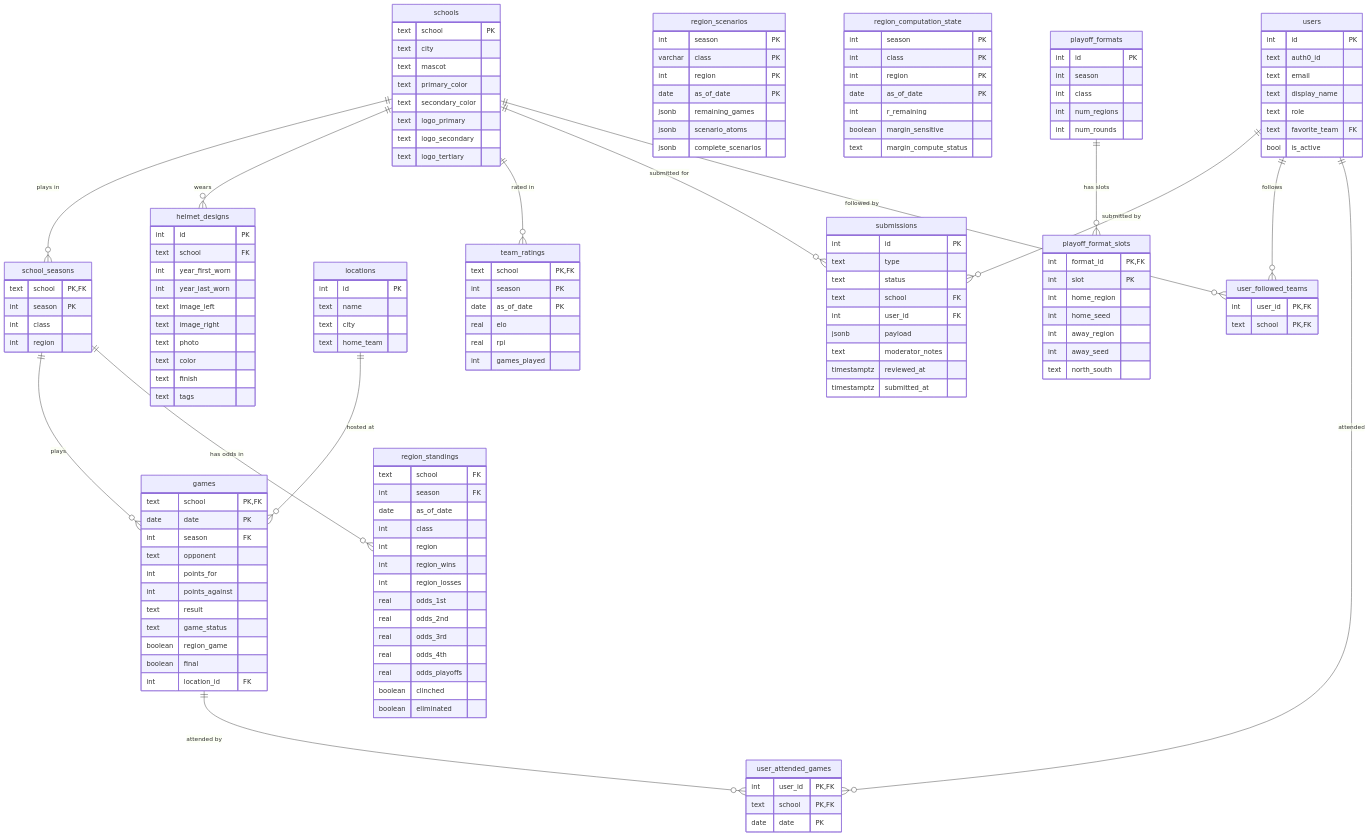
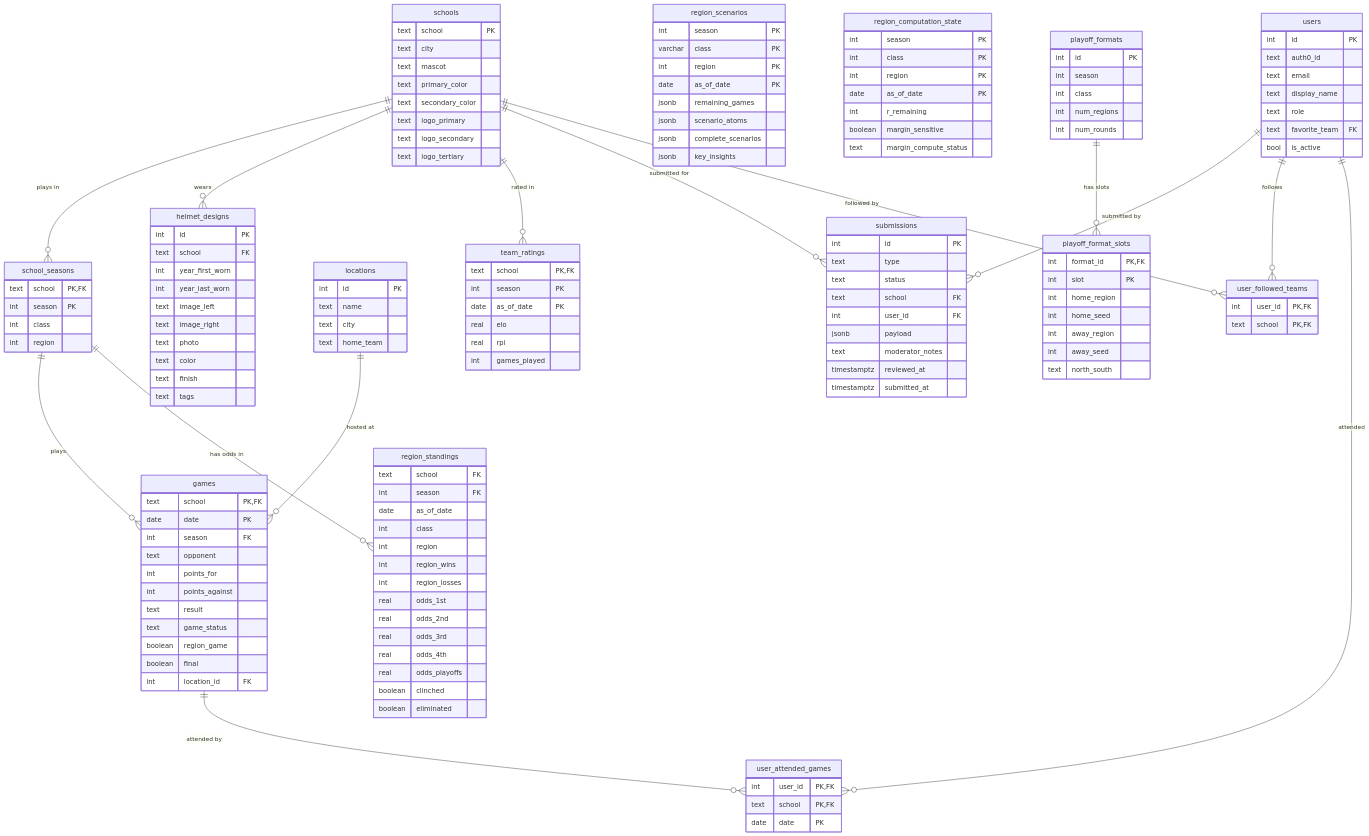
The diagram in README.md (jps531/ms-hs-football-playoff-engine), drawn with Mermaid before and after one commit. The commit also changed other lines of this file and 23 other files, not shown here.

Commit message:
adding key insights

```diff
--- a/README.md
+++ b/README.md
@@ -117,6 +117,7 @@
         jsonb remaining_games
         jsonb scenario_atoms
         jsonb complete_scenarios
+        jsonb key_insights
     }
     region_computation_state {
         int season PK
```
